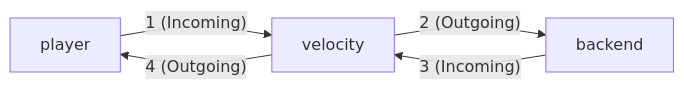
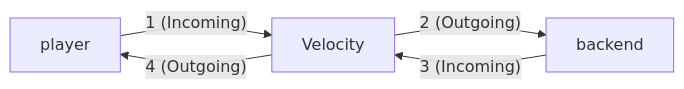
Before and after one commit to PaperMC/docs: the diagram in docs/velocity/dev/api/plugin-messaging.md, drawn with Mermaid. The commit also changed other lines of this file, not shown here.

````diff
--- a/docs/velocity/dev/api/plugin-messaging.md
+++ b/docs/velocity/dev/api/plugin-messaging.md
@@ -16,5 +16,5 @@
 ```mermaid
 flowchart LR
-    player -->|"1 (Incoming)"| velocity -->|"2 (Outgoing)"| backend
-    backend -->|"3 (Incoming)"| velocity -->|"4 (Outgoing)"| player
+    player -->|"1 (Incoming)"| Velocity -->|"2 (Outgoing)"| backend
+    backend -->|"3 (Incoming)"| Velocity -->|"4 (Outgoing)"| player
 ```
````
